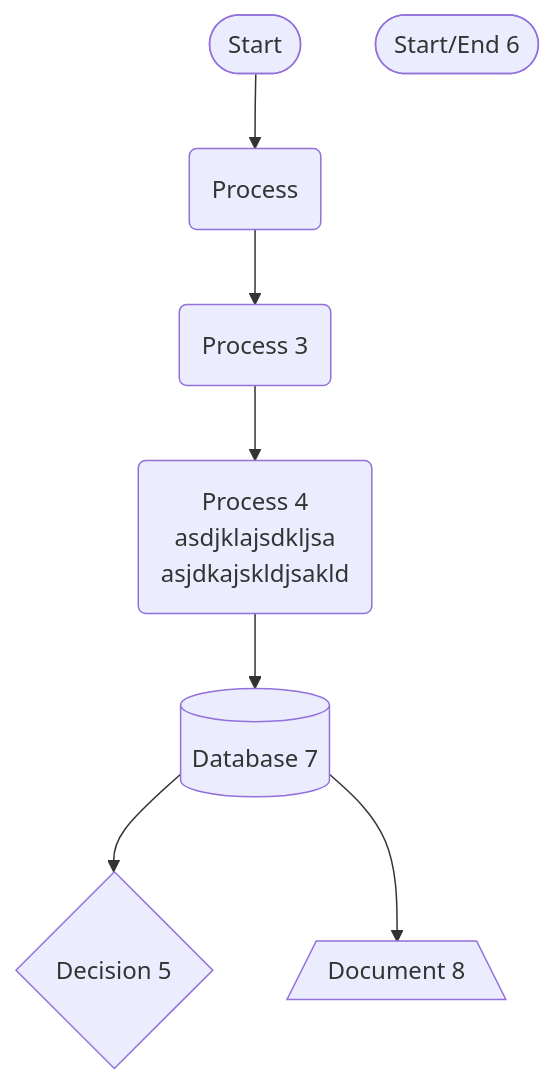
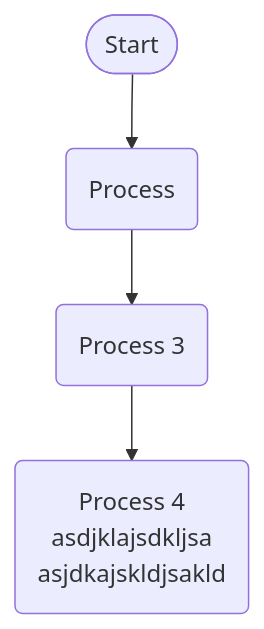
The diagram in mmd/123_00e3f246-5066-4958-84cc-78f12f89cdf9.mmd (pingpm/mermaid_vault), drawn with Mermaid before and after one commit. The commit also changed 3 other files, not shown here.

Commit message:
Sync Mermaid Studio data (18 diagrams)

```diff
--- a/mmd/123_00e3f246-5066-4958-84cc-78f12f89cdf9.mmd
+++ b/mmd/123_00e3f246-5066-4958-84cc-78f12f89cdf9.mmd
@@ -1,15 +1,8 @@
 flowchart TD
   n_0(["Start"])
   n_1("Process")
   n_2("Process 3")
   n_3("Process 4<br/>asdjklajsdkljsa<br/>asjdkajskldjsakld")
-  n_4{"Decision 5"}
-  n_5(["Start/End 6"])
-  n_6[("Database 7")]
-  n_7[/"Document 8"\]
   n_0 --> n_1
+  n_1 --> n_2
   n_2 --> n_3
-  n_1 --> n_2
-  n_3 --> n_6
-  n_6 --> n_4
-  n_6 --> n_7
```
